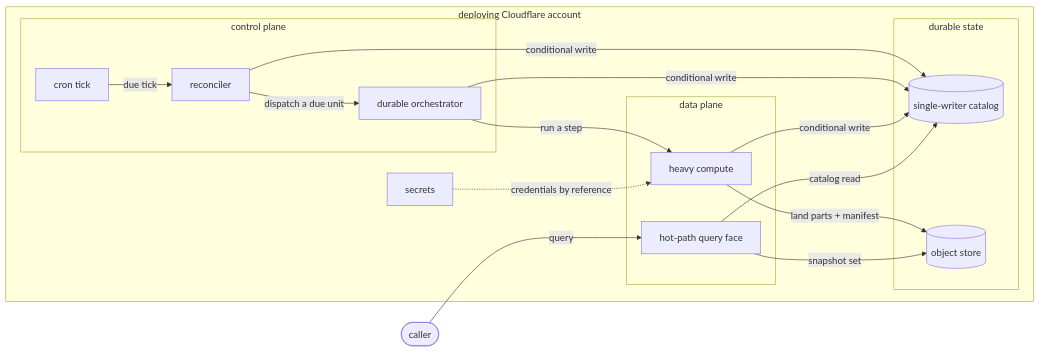
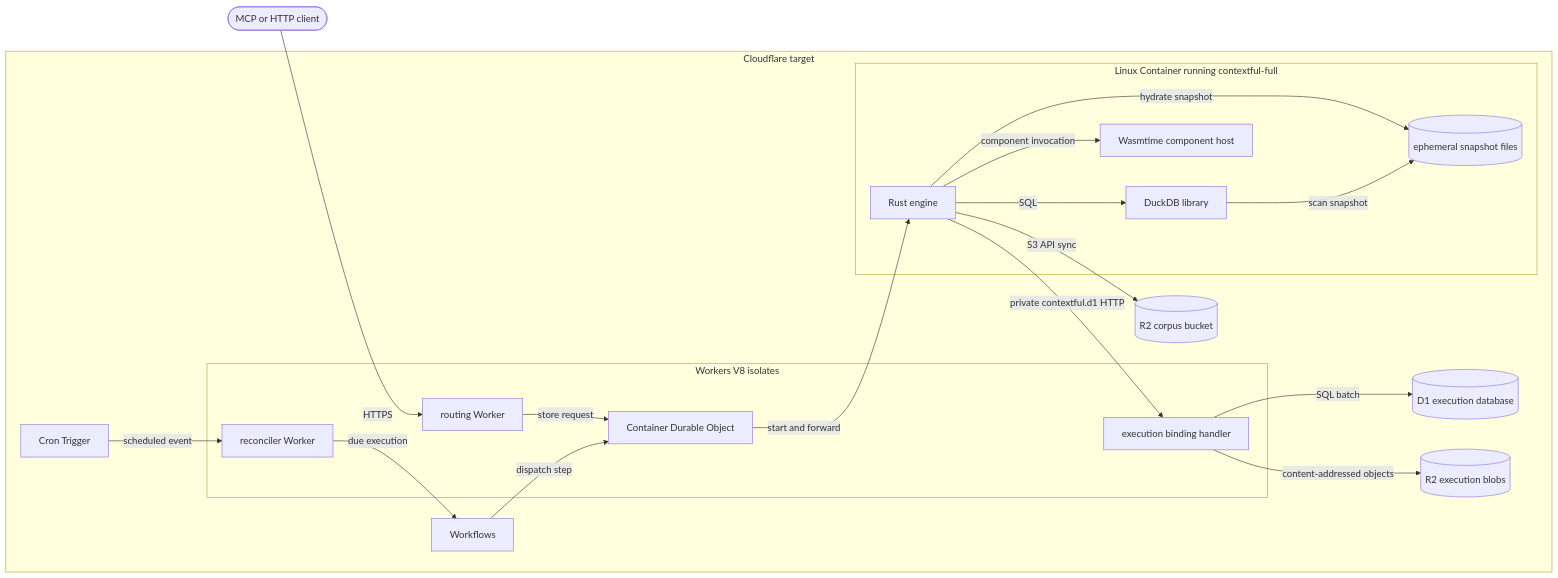
One commit to fractalboxdev/contextful changed the second of 3 diagrams in spec/targets.md. Above: the diagram before and after it, drawn with Mermaid. The commit also changed other lines of this file and 16 other files, not shown here.

````diff
--- a/spec/targets.md
+++ b/spec/targets.md
@@ -75,26 +84,37 @@
 ```mermaid
 flowchart LR
-  CALLER(["caller"])
-  subgraph ACCOUNT["deploying Cloudflare account"]
-    subgraph CONTROL["control plane"]
-      TICK["cron tick"]
-      REC["reconciler"]
-      ORCH["durable orchestrator"]
+  CALLER(["MCP or HTTP client"]):::muted
+  subgraph ACCOUNT["Cloudflare target"]
+    subgraph WORKERS["Workers V8 isolates"]
+      ROUTER["routing Worker"]:::accent
+      RECON["reconciler Worker"]:::accent
+      BIND["execution binding handler"]:::accent
+      OWNER["Container Durable Object"]:::accent
     end
-    subgraph DATA["data plane"]
-      COMP["heavy compute"]
-      QF["hot-path query face"]
+    CRON["Cron Trigger"]:::accent
+    FLOW["Workflows"]:::accent
+    subgraph LINUX["Linux Container running contextful-full"]
+      RUST["Rust engine"]:::accent
+      SQL["DuckDB library"]:::accent
+      WASM["Wasmtime component host"]:::accent
+      FILES[("ephemeral snapshot files")]:::store
     end
-    subgraph STATE["durable state"]
-      CAT[("single-writer catalog")]
-      OBJ[("object store")]
-    end
-    SEC["secrets"]
+    DB[("D1 execution database")]:::store
+    BLOBS[("R2 execution blobs")]:::store
+    CORPUS[("R2 corpus bucket")]:::store
   end
-  TICK -- "due tick" --> REC -- "dispatch a due unit" --> ORCH -- "run a step" --> COMP
-  COMP -- "land parts + manifest" --> OBJ
-  REC & ORCH & COMP -- "conditional write" --> CAT
-  CALLER -- "query" --> QF -- "snapshot set" --> OBJ
-  QF -- "catalog read" --> CAT
-  SEC -. "credentials by reference" .-> COMP
+  CALLER -- "HTTPS" --> ROUTER
+  ROUTER -- "store request" --> OWNER
+  CRON -- "scheduled event" --> RECON
+  RECON -- "due execution" --> FLOW
+  FLOW -- "dispatch step" --> OWNER
+  OWNER -- "start and forward" --> RUST
+  RUST -- "SQL" --> SQL
+  RUST -- "component invocation" --> WASM
+  RUST -- "hydrate snapshot" --> FILES
+  SQL -- "scan snapshot" --> FILES
+  RUST -- "private contextful.d1 HTTP" --> BIND
+  BIND -- "SQL batch" --> DB
+  BIND -- "content-addressed objects" --> BLOBS
+  RUST -- "S3 API sync" --> CORPUS
 ```
````
